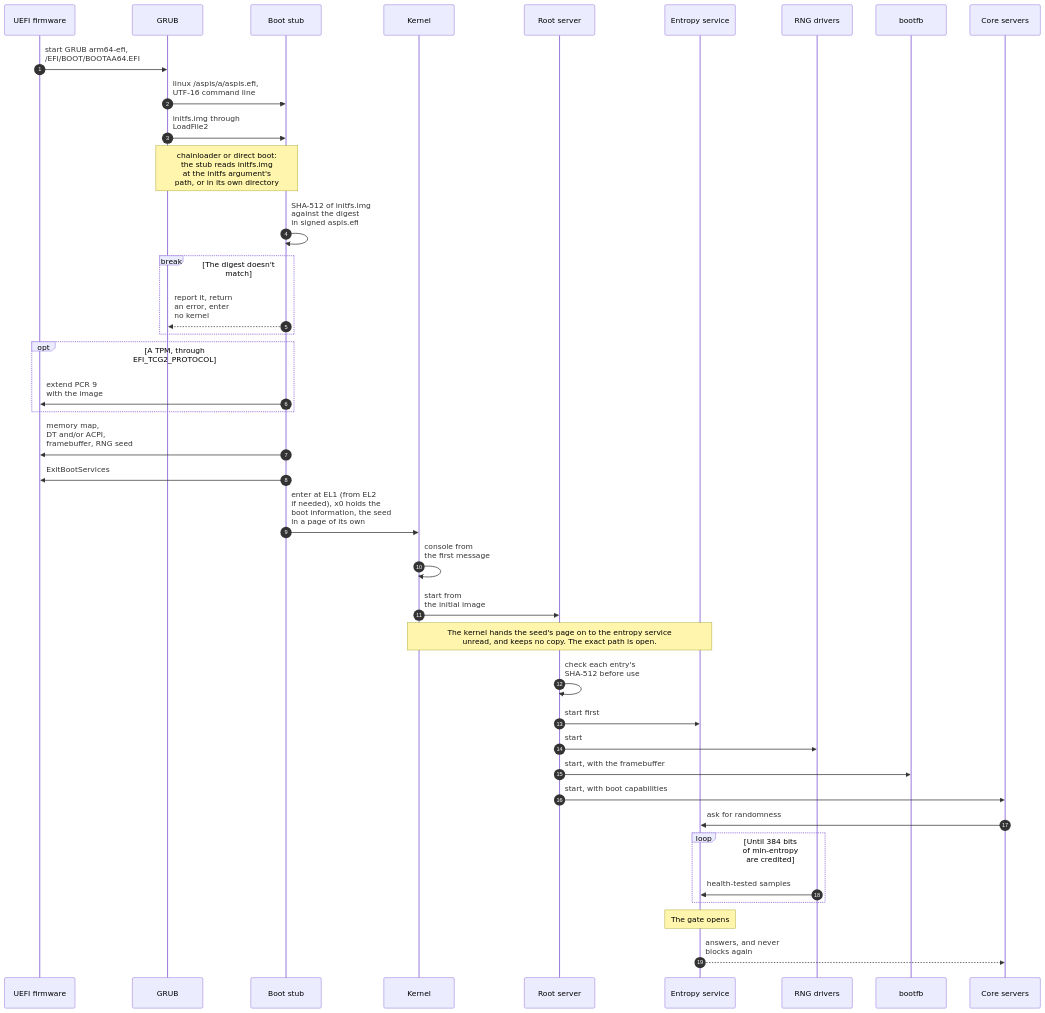
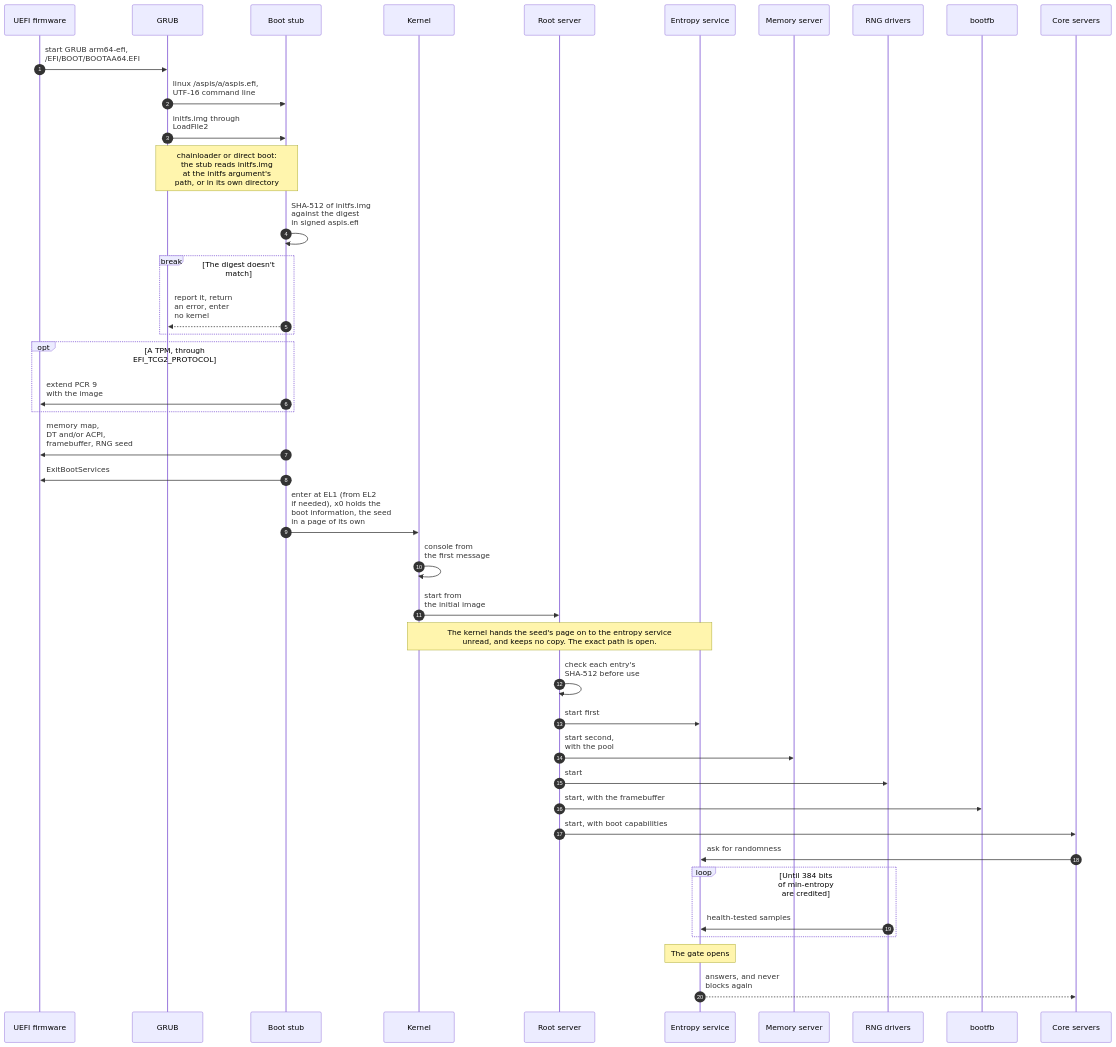
Before and after one commit to nckroy/ASPIS: the first of 10 diagrams in docs/design/key-flows.md, drawn with Mermaid. The commit also changed other lines of this file and 11 other files, not shown here.

First line of the commit message:
Settle the managers, the memory server's start and word waits' chunk

````diff
--- a/docs/design/key-flows.md
+++ b/docs/design/key-flows.md
@@ -25,47 +25,49 @@
 ```mermaid
 ---
 config:
   sequence:
     messageAlign: left
     boxMargin: 16
 ---
 sequenceDiagram
     autonumber
     participant FW as UEFI firmware
     participant GR as GRUB
     participant ST as Boot stub
     participant K as Kernel
     participant RS as Root server
     participant ES as Entropy service
+    participant MS as Memory server
     participant RNG as RNG drivers
     participant BF as bootfb
     participant CS as Core servers
     FW->>GR: start GRUB arm64-efi,<br/>/EFI/BOOT/BOOTAA64.EFI
     GR->>ST: linux /aspis/a/aspis.efi,<br/>UTF-16 command line
     GR->>ST: initfs.img through<br/>LoadFile2
     Note over GR,ST: chainloader or direct boot:<br/>the stub reads initfs.img<br/>at the initfs argument's<br/>path, or in its own directory
     ST->>ST: SHA-512 of initfs.img<br/>against the digest<br/>in signed aspis.efi
     break The digest doesn't match
         ST-->>GR: report it, return<br/>an error, enter<br/>no kernel
     end
     opt A TPM, through<br/>EFI_TCG2_PROTOCOL
         ST->>FW: extend PCR 9<br/>with the image
     end
     ST->>FW: memory map,<br/>DT and/or ACPI,<br/>framebuffer, RNG seed
     ST->>FW: ExitBootServices
     ST->>K: enter at EL1 (from EL2<br/>if needed), x0 holds the<br/>boot information, the seed<br/>in a page of its own
     K->>K: console from<br/>the first message
     K->>RS: start from<br/>the initial image
     Note over K,ES: The kernel hands the seed's page on to the entropy service<br/>unread, and keeps no copy. The exact path is open.
     RS->>RS: check each entry's<br/>SHA-512 before use
     RS->>ES: start first
+    RS->>MS: start second,<br/>with the pool
     RS->>RNG: start
     RS->>BF: start, with the framebuffer
     RS->>CS: start, with boot capabilities
     CS->>ES: ask for randomness
     loop Until 384 bits<br/>of min-entropy<br/>are credited
         RNG->>ES: health-tested samples
     end
     Note over ES: The gate opens
     ES-->>CS: answers, and never<br/>blocks again
 ```
````
